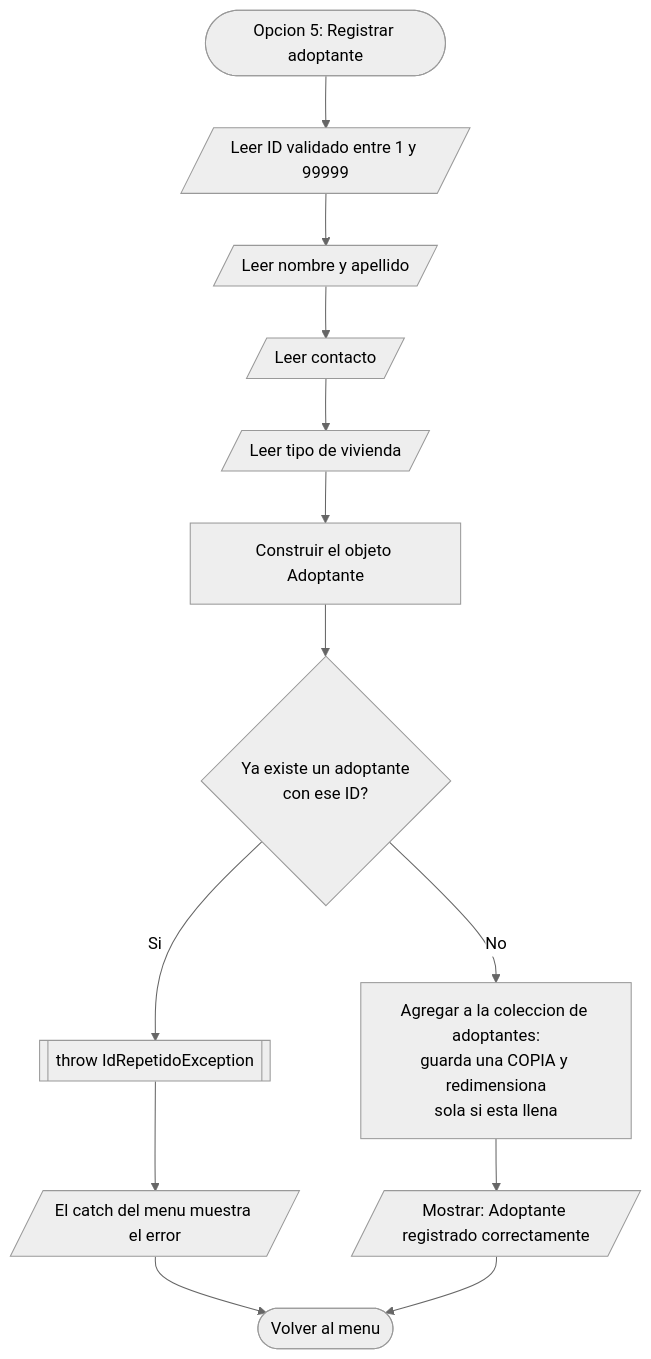
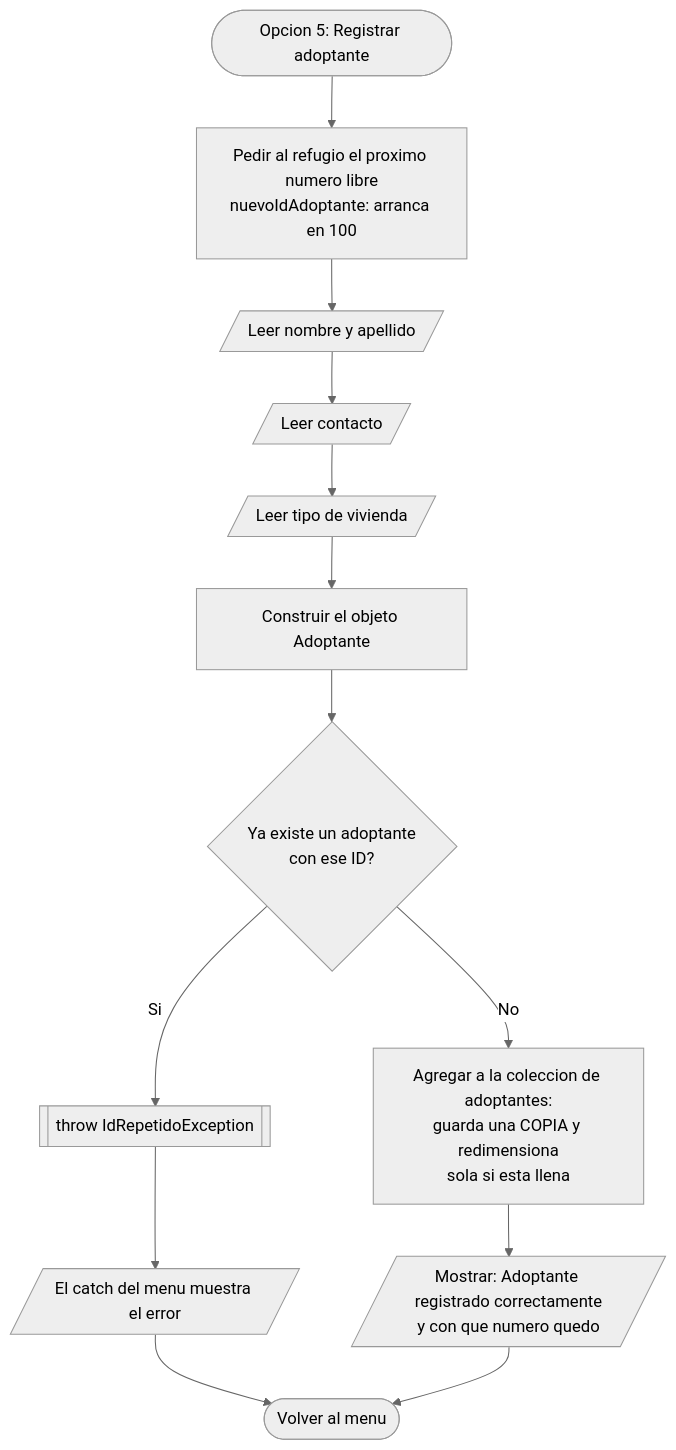
One commit to tobiastardivo/REFUGIO changed the eighth of 18 diagrams in DIAGRAMAS.md. Above: the diagram before and after it, drawn with Mermaid (neutral theme). The commit also changed other lines of this file and 3 other files, not shown here.

````diff
--- a/DIAGRAMAS.md
+++ b/DIAGRAMAS.md
@@ -232,19 +278,19 @@
 ```mermaid
 flowchart TD
     INI(["Opcion 5: Registrar adoptante"])
-    ID[/"Leer ID validado entre 1 y 99999"/]
+    ID["Pedir al refugio el proximo numero libre<br/>nuevoIdAdoptante: arranca en 100"]
     NOM[/"Leer nombre y apellido"/]
     CONT[/"Leer contacto"/]
     VIV[/"Leer tipo de vivienda"/]
     OBJ["Construir el objeto Adoptante"]
     REP{"Ya existe un adoptante<br/>con ese ID?"}
     THROW[["throw IdRepetidoException"]]
     AGR["Agregar a la coleccion de adoptantes:<br/>guarda una COPIA y redimensiona<br/>sola si esta llena"]
-    OK[/"Mostrar: Adoptante registrado correctamente"/]
+    OK[/"Mostrar: Adoptante registrado correctamente<br/>y con que numero quedo"/]
     CATCH[/"El catch del menu muestra el error"/]
     FIN(["Volver al menu"])
 
     INI --> ID --> NOM --> CONT --> VIV --> OBJ --> REP
     REP -->|"Si"| THROW --> CATCH --> FIN
     REP -->|"No"| AGR --> OK --> FIN
 ```
````
